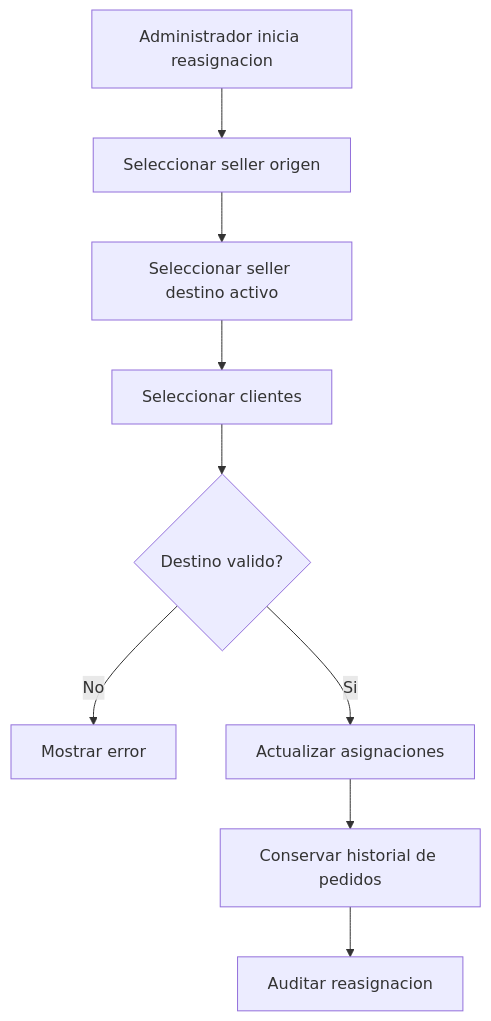
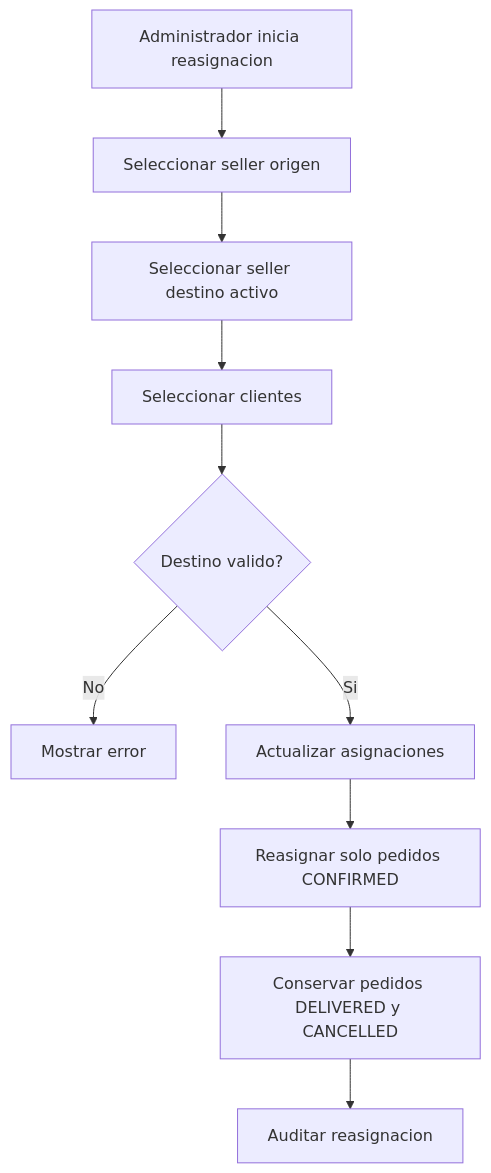
Before and after one commit to Martinrc93/distribuidoraCore: the diagram in docs/diagrams/seller/flow-reassign-customers.md, drawn with Mermaid. The commit also changed 111 other files, not shown here.

````diff
--- a/docs/diagrams/seller/flow-reassign-customers.md
+++ b/docs/diagrams/seller/flow-reassign-customers.md
@@ -3,11 +3,12 @@
 ```mermaid
 flowchart TD
     A[Administrador inicia reasignacion] --> B[Seleccionar seller origen]
     B --> C[Seleccionar seller destino activo]
     C --> D[Seleccionar clientes]
     D --> E{Destino valido?}
     E -->|No| F[Mostrar error]
     E -->|Si| G[Actualizar asignaciones]
-    G --> H[Conservar historial de pedidos]
-    H --> I[Auditar reasignacion]
+    G --> H[Reasignar solo pedidos CONFIRMED]
+    H --> J[Conservar pedidos DELIVERED y CANCELLED]
+    J --> I[Auditar reasignacion]
 ```
````
